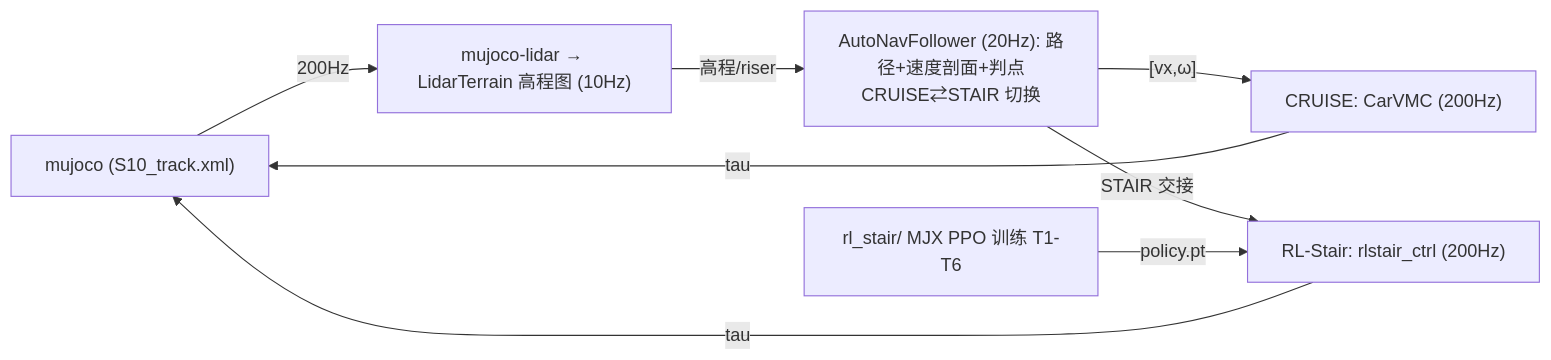
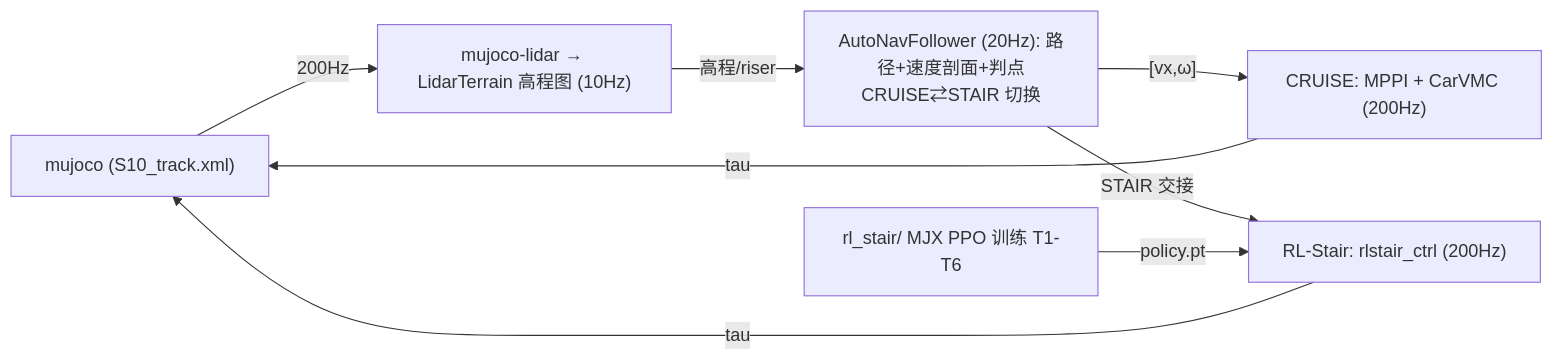
The diagram in README.md (wangfanxin/deeprobot_competition), drawn with Mermaid before and after one commit. The commit also changed other lines of this file and 2 other files, not shown here.

First line of the commit message:
docs: unify execution-layer wording - navigation followed by carvmc+mppi (cruise) / rl stair (stair)

````diff
--- a/README.md
+++ b/README.md
@@ -20,10 +19,10 @@
 ```mermaid
 graph LR
     S["mujoco (S10_track.xml)"] -->|"200Hz"| P["mujoco-lidar → LidarTerrain 高程图 (10Hz)"]
     P -->|"高程/riser"| N["AutoNavFollower (20Hz): 路径+速度剖面+判点<br/>CRUISE⇄STAIR 切换"]
-    N -->|"[vx,ω]"| C["CRUISE: CarVMC (200Hz)"]
+    N -->|"[vx,ω]"| C["CRUISE: MPPI + CarVMC (200Hz)"]
     N -->|"STAIR 交接"| R["RL-Stair: rlstair_ctrl (200Hz)"]
     T["rl_stair/ MJX PPO 训练 T1-T6"] -->|"policy.pt"| R
     C -->|"tau"| S
     R -->|"tau"| S
 ```
````
